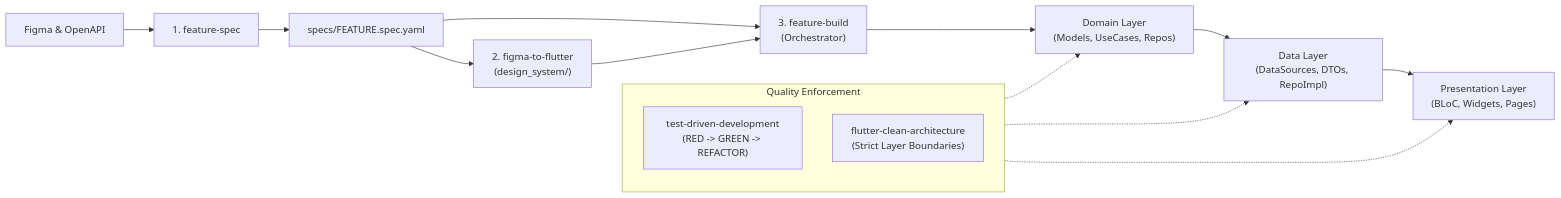
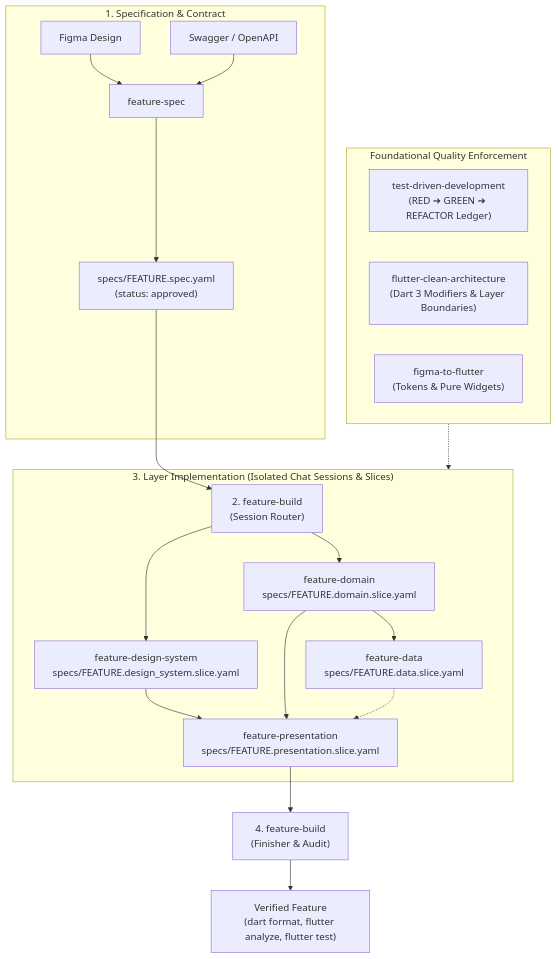
Before and after one commit to mahmood1996/flutter-skills: the diagram in README.md, drawn with Mermaid. The commit also changed other lines of this file and 7 other files, not shown here.

Commit message:
feat(skills): add layer-specific feature skills, router workflow, and update playbook & README

````diff
--- a/README.md
+++ b/README.md
@@ -86,20 +99,29 @@
 ```mermaid
-flowchart LR
-    A["Figma & OpenAPI"] --> B["1. feature-spec"]
-    B --> C["specs/FEATURE.spec.yaml"]
-    C --> D["2. figma-to-flutter<br/>(design_system/)"]
-    C --> E["3. feature-build<br/>(Orchestrator)"]
-    D --> E
-    E --> F["Domain Layer<br/>(Models, UseCases, Repos)"]
-    F --> G["Data Layer<br/>(DataSources, DTOs, RepoImpl)"]
-    G --> H["Presentation Layer<br/>(BLoC, Widgets, Pages)"]
-    
-    subgraph Quality["Quality Enforcement"]
-        TDD["test-driven-development<br/>(RED -> GREEN -> REFACTOR)"]
-        ARCH["flutter-clean-architecture<br/>(Strict Layer Boundaries)"]
+flowchart TD
+    subgraph Spec["1. Specification & Contract"]
+        UI["Figma Design"] & API["Swagger / OpenAPI"] --> SPEC["feature-spec"]
+        SPEC --> CONTRACT["specs/FEATURE.spec.yaml<br/>(status: approved)"]
     end
-    
-    Quality -.-> F
-    Quality -.-> G
-    Quality -.-> H
+
+    CONTRACT --> ROUTER["2. feature-build<br/>(Session Router)"]
+
+    subgraph Layers["3. Layer Implementation (Isolated Chat Sessions & Slices)"]
+        ROUTER --> DS["feature-design-system<br/>specs/FEATURE.design_system.slice.yaml"]
+        ROUTER --> DOM["feature-domain<br/>specs/FEATURE.domain.slice.yaml"]
+        DOM --> DAT["feature-data<br/>specs/FEATURE.data.slice.yaml"]
+        DS --> PRE["feature-presentation<br/>specs/FEATURE.presentation.slice.yaml"]
+        DOM --> PRE
+        DAT -.-> PRE
+    end
+
+    subgraph Quality["Foundational Quality Enforcement"]
+        TDD["test-driven-development<br/>(RED ➔ GREEN ➔ REFACTOR Ledger)"]
+        ARCH["flutter-clean-architecture<br/>(Dart 3 Modifiers & Layer Boundaries)"]
+        FIG["figma-to-flutter<br/>(Tokens & Pure Widgets)"]
+    end
+
+    Quality -.-> Layers
+
+    PRE --> FIN["4. feature-build<br/>(Finisher & Audit)"]
+    FIN --> DONE["Verified Feature<br/>(dart format, flutter analyze, flutter test)"]
 ```
````
